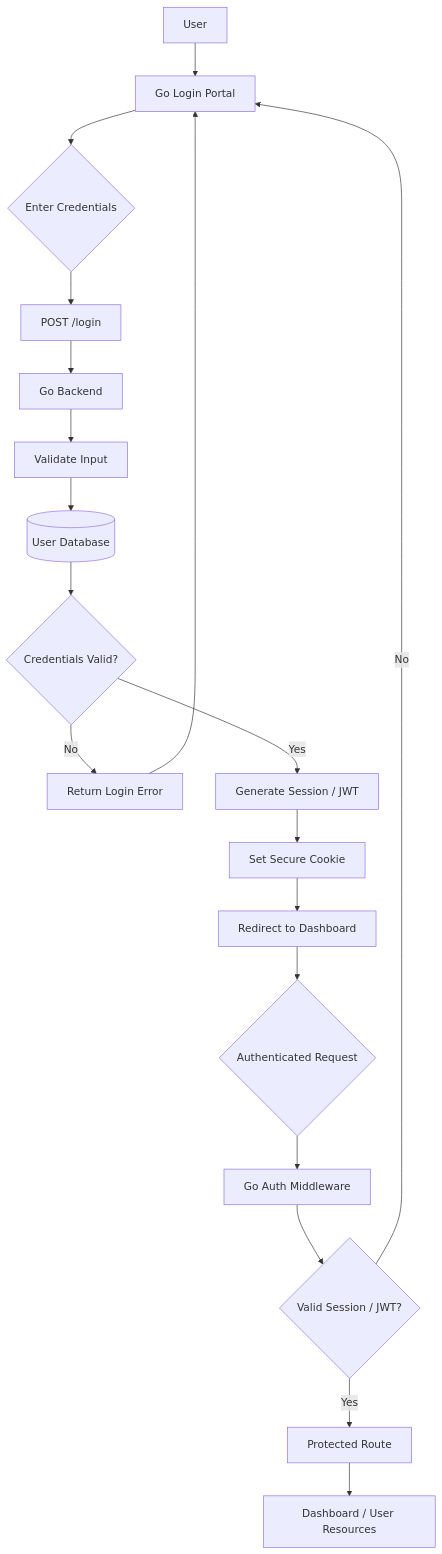
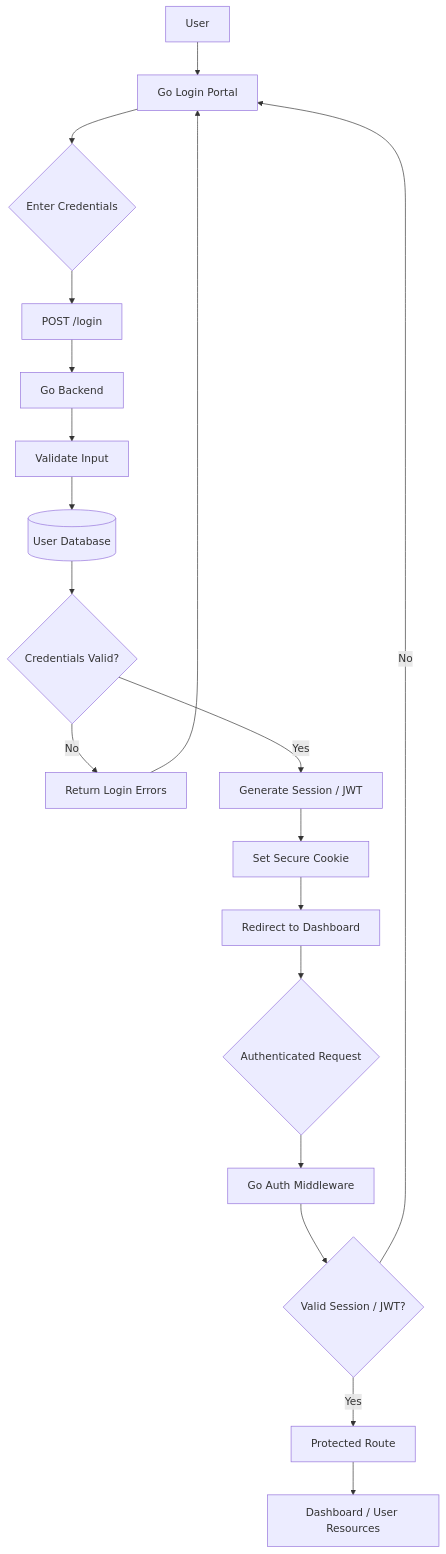
One commit to Qaaed/go-login-portal changed the diagram in login flow.mmd. Above: the diagram before and after it, drawn with Mermaid.

Commit message:
Update login flow.mmd via Ideate

```diff
--- a/login flow.mmd
+++ b/login flow.mmd
@@ -1,23 +1,23 @@
 flowchart TD
     A[User] --> B[Go Login Portal]
     B --> C{Enter Credentials}
     C --> D[POST /login]
     D --> E[Go Backend]
     E --> F[Validate Input]
     F --> G[(User Database)]
     G --> H{Credentials Valid?}
 
-    H -->|No| I[Return Login Error]
+    H -->|No| I[Return Login Errors]
     I --> B
 
     H -->|Yes| J[Generate Session / JWT]
     J --> K[Set Secure Cookie]
     K --> L[Redirect to Dashboard]
 
     L --> M{Authenticated Request}
     M --> N[Go Auth Middleware]
     N --> O{Valid Session / JWT?}
 
     O -->|No| B
     O -->|Yes| P[Protected Route]
     P --> Q[Dashboard / User Resources]
```
